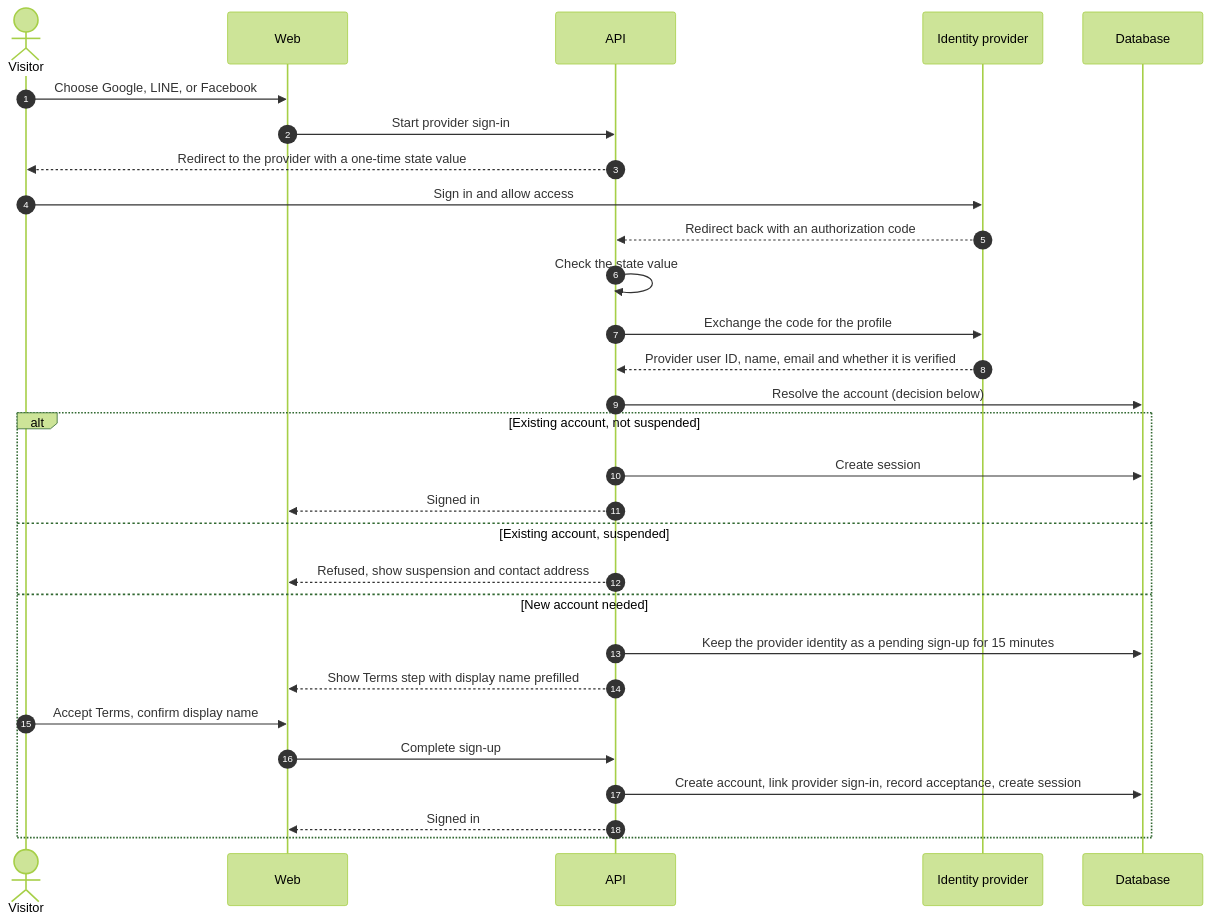
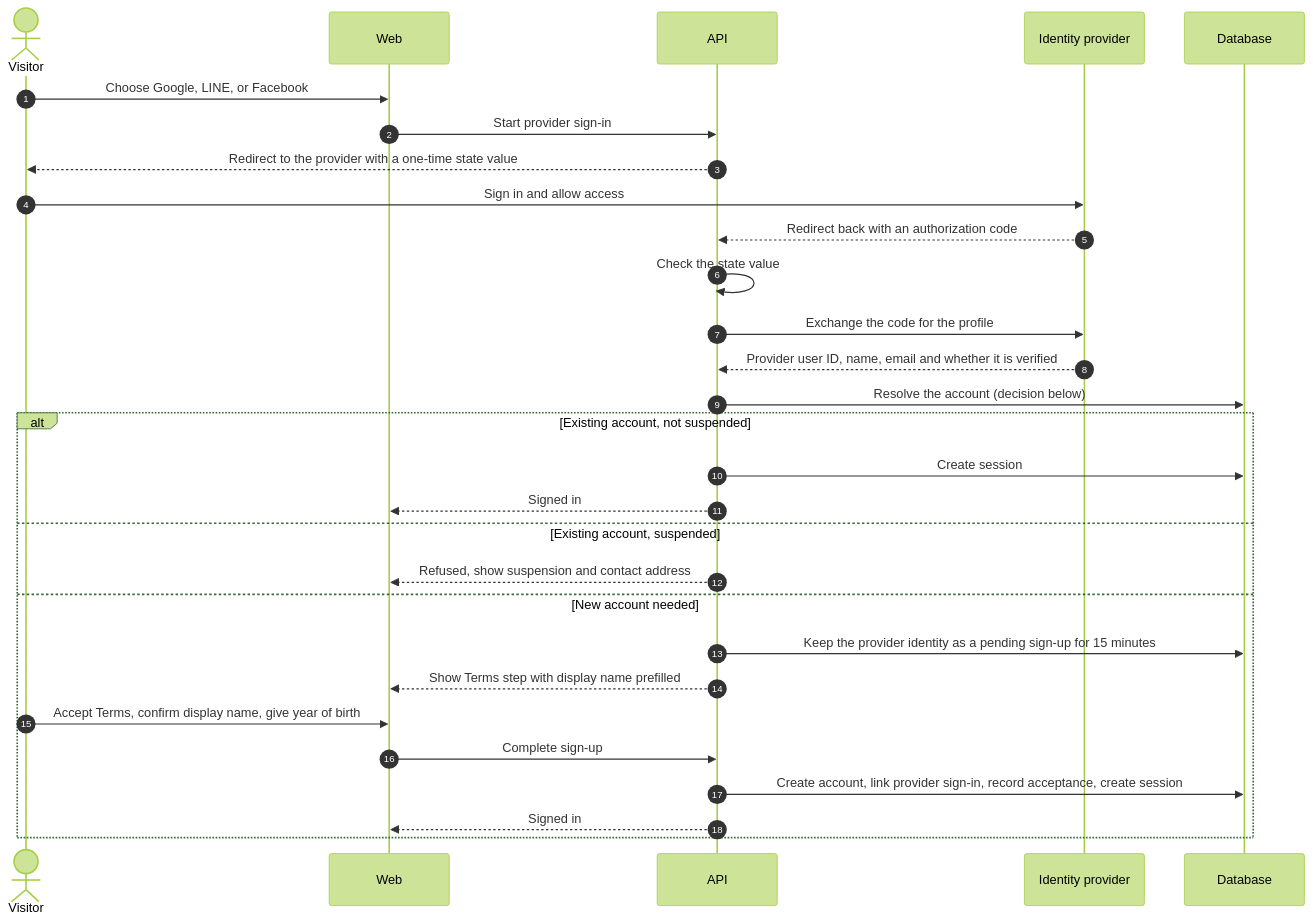
The second of 6 diagrams in docs/flows/authentication.md (cha130y/LanguZe), drawn with Mermaid (forest theme) before and after one commit. The commit also changed other lines of this file and 9 other files, not shown here.

First line of the commit message:
docs(architecture): add ADRs for Better Auth, Gemini, and PostgreSQL

````diff
--- a/docs/flows/authentication.md
+++ b/docs/flows/authentication.md
@@ -42,31 +43,31 @@
 ```mermaid
 sequenceDiagram
   autonumber
   actor V as Visitor
   participant W as Web
   participant A as API
   participant I as Identity provider
   participant D as Database
   V->>W: Choose Google, LINE, or Facebook
   W->>A: Start provider sign-in
   A-->>V: Redirect to the provider with a one-time state value
   V->>I: Sign in and allow access
   I-->>A: Redirect back with an authorization code
   A->>A: Check the state value
   A->>I: Exchange the code for the profile
   I-->>A: Provider user ID, name, email and whether it is verified
   A->>D: Resolve the account (decision below)
   alt Existing account, not suspended
     A->>D: Create session
     A-->>W: Signed in
   else Existing account, suspended
     A-->>W: Refused, show suspension and contact address
   else New account needed
     A->>D: Keep the provider identity as a pending sign-up for 15 minutes
     A-->>W: Show Terms step with display name prefilled
-    V->>W: Accept Terms, confirm display name
+    V->>W: Accept Terms, confirm display name, give year of birth
     W->>A: Complete sign-up
     A->>D: Create account, link provider sign-in, record acceptance, create session
     A-->>W: Signed in
   end
 ```
````
